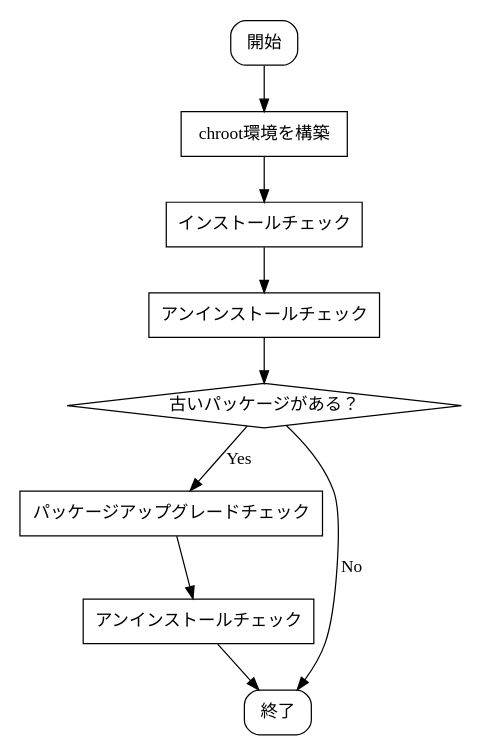
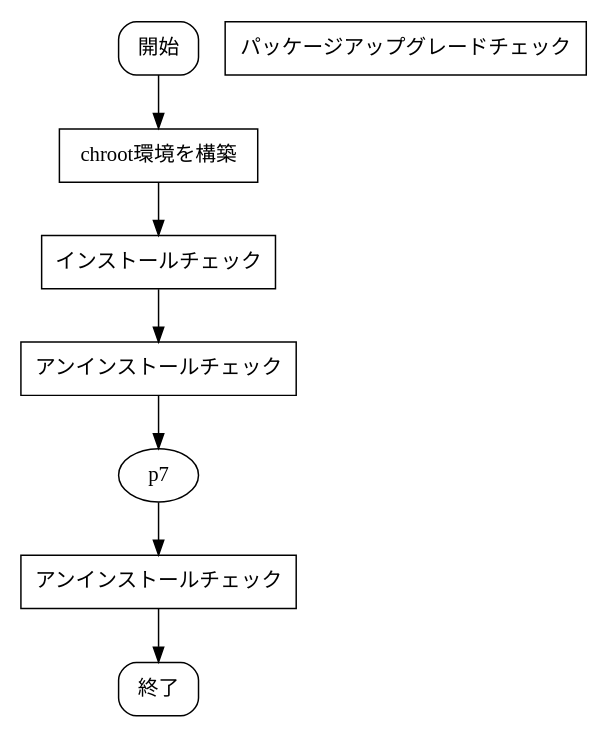
Before and after one commit to dancerj/monthly-report: the diagram in image201004/piuparts-process.dot, drawn with Graphviz. The commit also changed 2 other files, not shown here.

```diff
--- a/image201004/piuparts-process.dot
+++ b/image201004/piuparts-process.dot
@@ -1,23 +1,23 @@
 # dot -Tps:cairo -o piuparts-process.eps piuparts-process.dot
 
 digraph {
 	graph [size = "4, 5"];
 	p0 [label="開始", shape=Mrecord];
 	p2 [label="chroot環境を構築", shape=box];
 	//p3 [label="dpkg -i でパッケージをインストール", shape=box];
 	//p4 [label="apt-get -yf --no-remove install\n でパッケージをインストール", shape=box];
 	p4 [label="インストールチェック", shape=box];
 	p5 [label="アンインストールチェック", shape=box];
 	//p5 [label="dpkg --remove パッケージをアンインストール", shape=box];
 	//p6 [label="dpkg --remove --purge パッケージをアンインストール", shape=box];
-	p7 [label="古いパッケージがある？", shape=diamond];
+	//p7 [label="古いパッケージがある？", shape=diamond];
 	p8 [label="パッケージアップグレードチェック", shape=box];
 	p9 [label="アンインストールチェック", shape=box];
 	p10 [label="終了", shape=Mrecord];
 	
 	p0 -> p2 -> p4 -> p5 -> p7;
-	p7 -> p8 [label="Yes"];
-	p8 -> p9;
-	p7 -> p10 [label="No"];
+	//p7 -> p8 [label="Yes"];
+	p7 -> p9;
+	//p7 -> p10 [label="No"];
 	p9 -> p10;
 }
```
